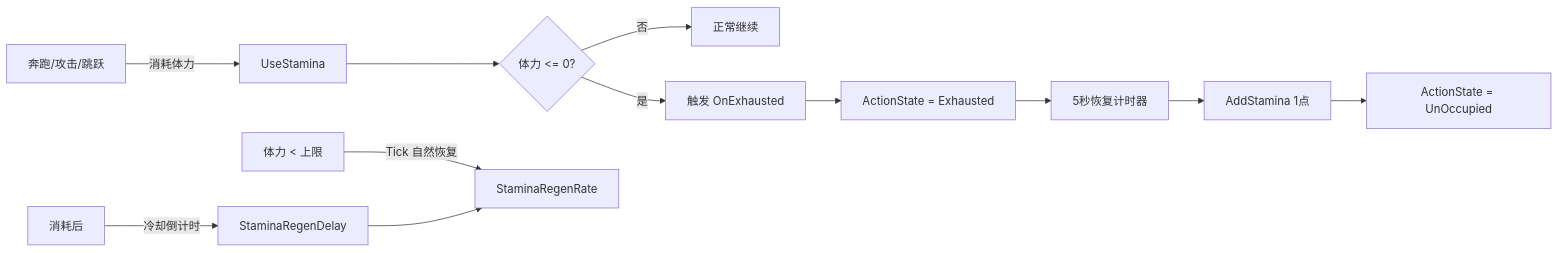
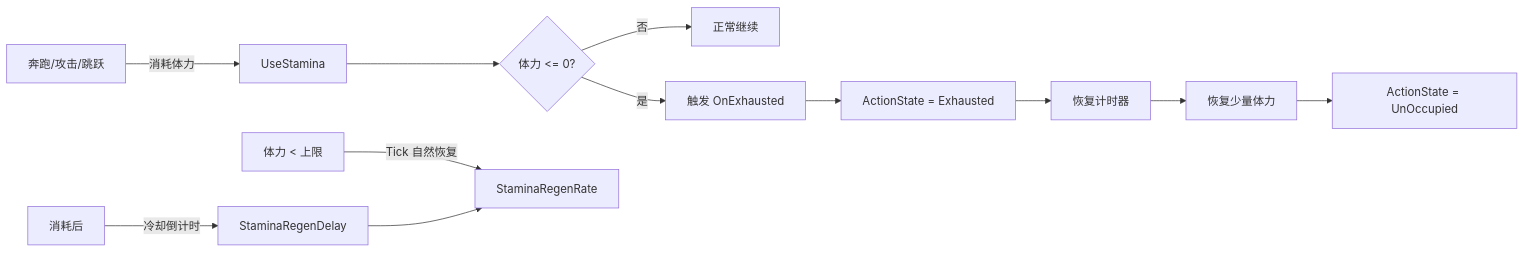
The second of 6 diagrams in README.md (Kulahala/UE5.7Project), drawn with Mermaid before and after one commit. The commit also changed other lines of this file and 5 other files, not shown here.

````diff
--- a/README.md
+++ b/README.md
@@ -94,15 +94,15 @@
 ```mermaid
 flowchart LR
     A[奔跑/攻击/跳跃] -->|消耗体力| B[UseStamina]
     B --> C{体力 <= 0?}
     C -->|否| D[正常继续]
     C -->|是| E[触发 OnExhausted]
     E --> F[ActionState = Exhausted]
-    F --> G[5秒恢复计时器]
-    G --> H[AddStamina 1点]
+    F --> G[恢复计时器]
+    G --> H[恢复少量体力]
     H --> I[ActionState = UnOccupied]
 
     J[体力 < 上限] -->|Tick 自然恢复| K[StaminaRegenRate]
     L[消耗后] -->|冷却倒计时| M[StaminaRegenDelay]
     M --> K
 ```
````
